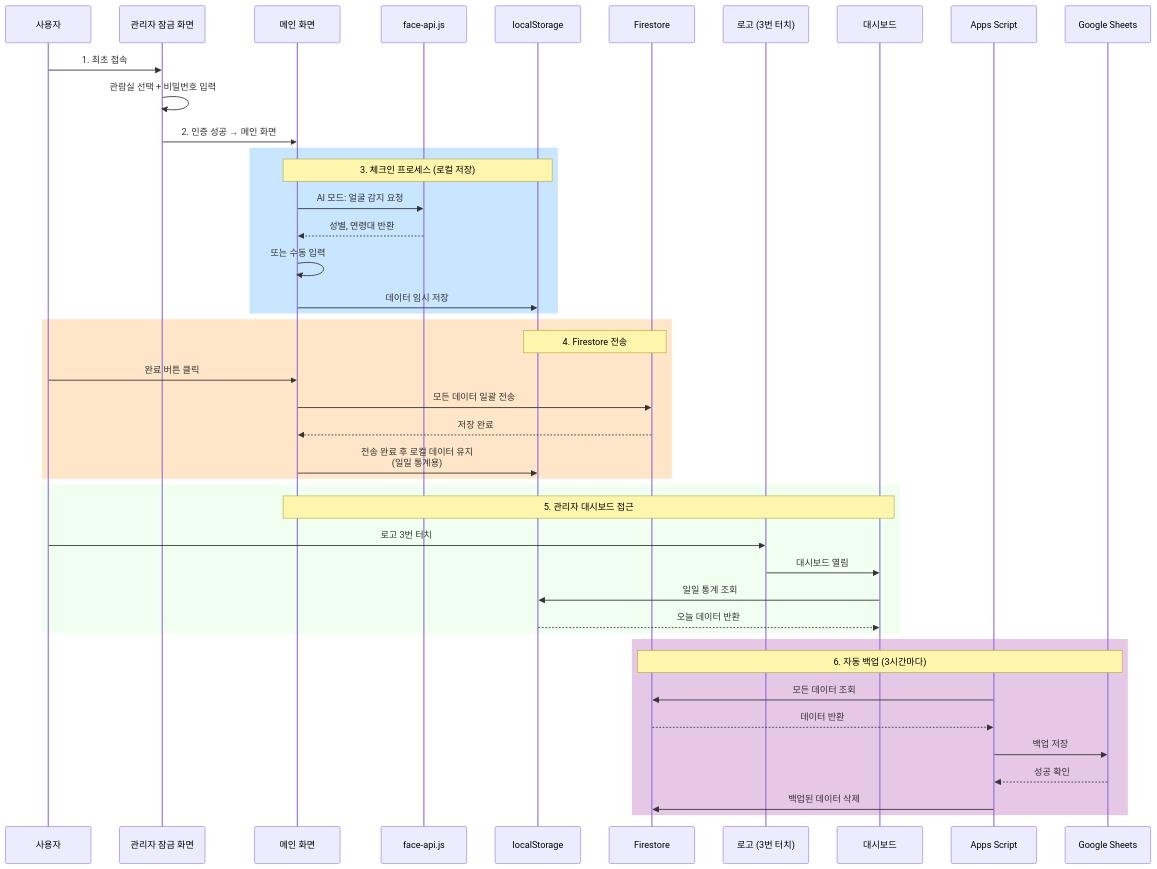
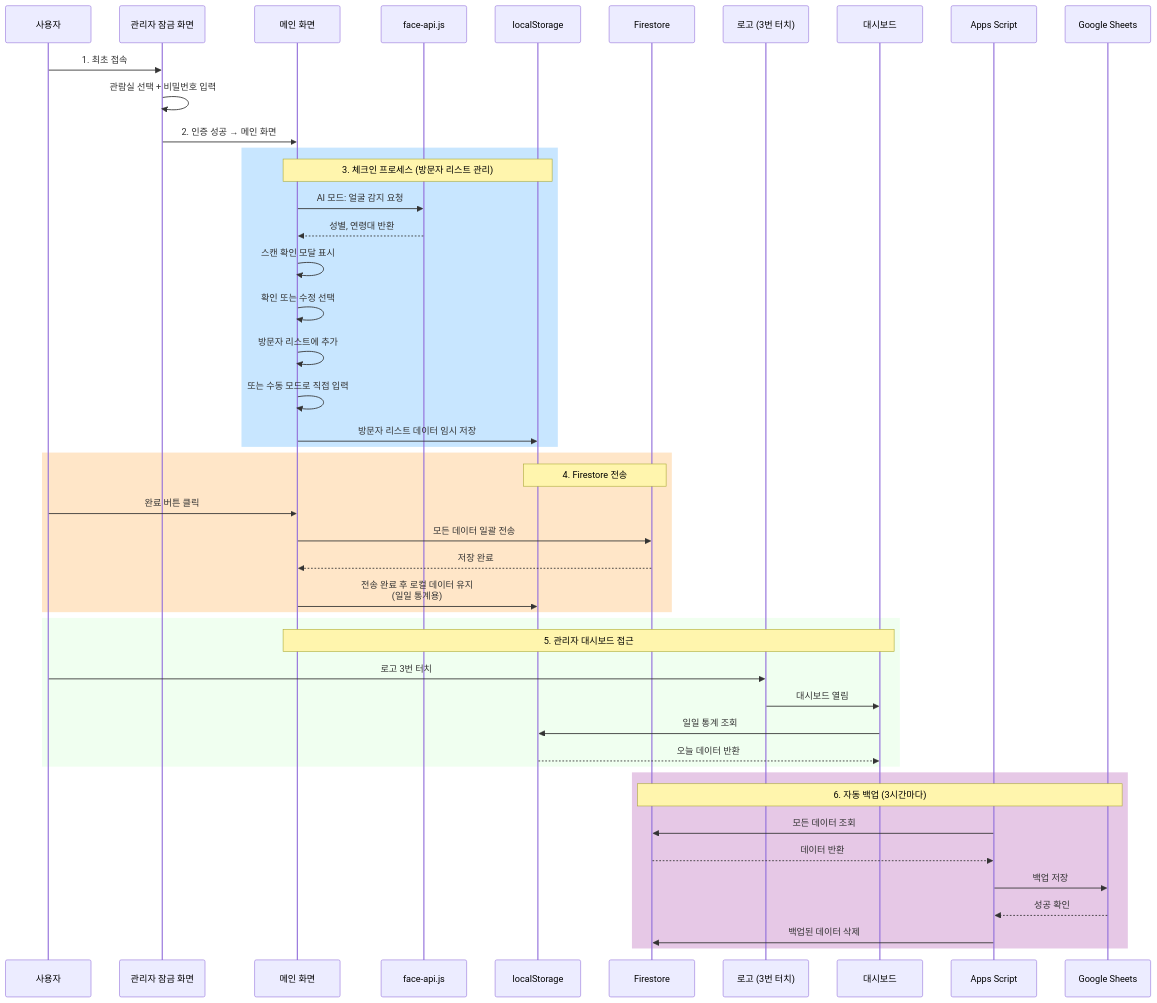
Before and after one commit to PanicAthe/RAIM-CheckIn: the second of 6 diagrams in docs/ARCHITECTURE.md, drawn with Mermaid. The commit also changed other lines of this file and 6 other files, not shown here.

````diff
--- a/docs/ARCHITECTURE.md
+++ b/docs/ARCHITECTURE.md
@@ -96,50 +96,53 @@
 ```mermaid
 sequenceDiagram
     participant User as 사용자
     participant Lock as 관리자 잠금 화면
     participant Main as 메인 화면
     participant Face as face-api.js
     participant Local as localStorage
     participant Firestore as Firestore
     participant Logo as 로고 (3번 터치)
     participant Dashboard as 대시보드
     participant Apps as Apps Script
     participant Sheets as Google Sheets
     
     User->>Lock: 1. 최초 접속
     Lock->>Lock: 관람실 선택 + 비밀번호 입력
     Lock->>Main: 2. 인증 성공 → 메인 화면
     
     rect rgb(200, 230, 255)
-    Note over Main,Local: 3. 체크인 프로세스 (로컬 저장)
+    Note over Main,Local: 3. 체크인 프로세스 (방문자 리스트 관리)
     Main->>Face: AI 모드: 얼굴 감지 요청
     Face-->>Main: 성별, 연령대 반환
-    Main->>Main: 또는 수동 입력
-    Main->>Local: 데이터 임시 저장
+    Main->>Main: 스캔 확인 모달 표시
+    Main->>Main: 확인 또는 수정 선택
+    Main->>Main: 방문자 리스트에 추가
+    Main->>Main: 또는 수동 모드로 직접 입력
+    Main->>Local: 방문자 리스트 데이터 임시 저장
     end
     
     rect rgb(255, 230, 200)
     Note over Local,Firestore: 4. Firestore 전송
     User->>Main: 완료 버튼 클릭
     Main->>Firestore: 모든 데이터 일괄 전송
     Firestore-->>Main: 저장 완료
     Main->>Local: 전송 완료 후 로컬 데이터 유지<br/>(일일 통계용)
     end
     
     rect rgb(240, 255, 240)
     Note over Main,Dashboard: 5. 관리자 대시보드 접근
     User->>Logo: 로고 3번 터치
     Logo->>Dashboard: 대시보드 열림
     Dashboard->>Local: 일일 통계 조회
     Local-->>Dashboard: 오늘 데이터 반환
     end
     
     rect rgb(230, 200, 230)
     Note over Firestore,Sheets: 6. 자동 백업 (3시간마다)
     Apps->>Firestore: 모든 데이터 조회
     Firestore-->>Apps: 데이터 반환
     Apps->>Sheets: 백업 저장
     Sheets-->>Apps: 성공 확인
     Apps->>Firestore: 백업된 데이터 삭제
     end
 ```
````
